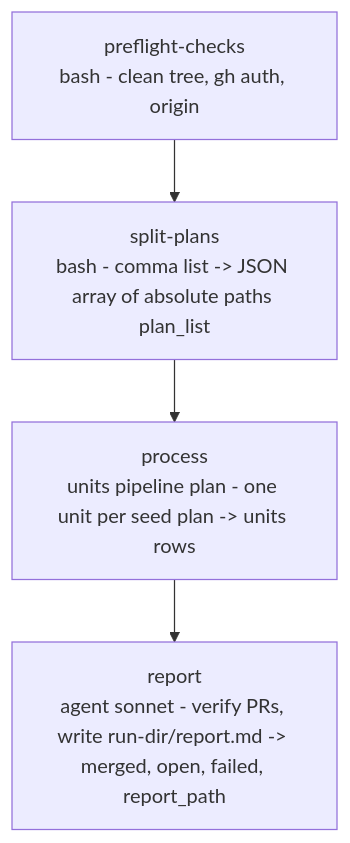
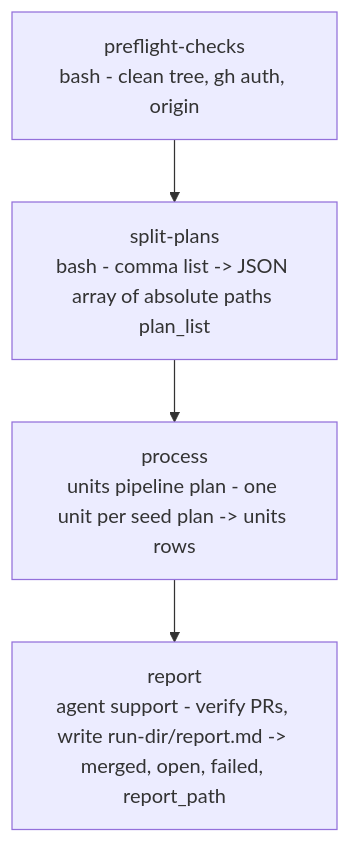
The diagram in plugins/wise/workflows/impl-plan-auto/README.md (e1024kb/wise-claude), drawn with Mermaid before and after one commit. The commit also changed other lines of this file and 70 other files, not shown here.

````diff
--- a/plugins/wise/workflows/impl-plan-auto/README.md
+++ b/plugins/wise/workflows/impl-plan-auto/README.md
@@ -53,6 +53,6 @@
 ```mermaid
 flowchart TD
     A[preflight-checks<br/>bash - clean tree, gh auth, origin] --> B[split-plans<br/>bash - comma list -> JSON array of absolute paths plan_list]
     B --> D[process<br/>units pipeline plan - one unit per seed plan -> units rows]
-    D --> E[report<br/>agent sonnet - verify PRs, write run-dir/report.md -> merged, open, failed, report_path]
+    D --> E[report<br/>agent support - verify PRs, write run-dir/report.md -> merged, open, failed, report_path]
 ```
````
